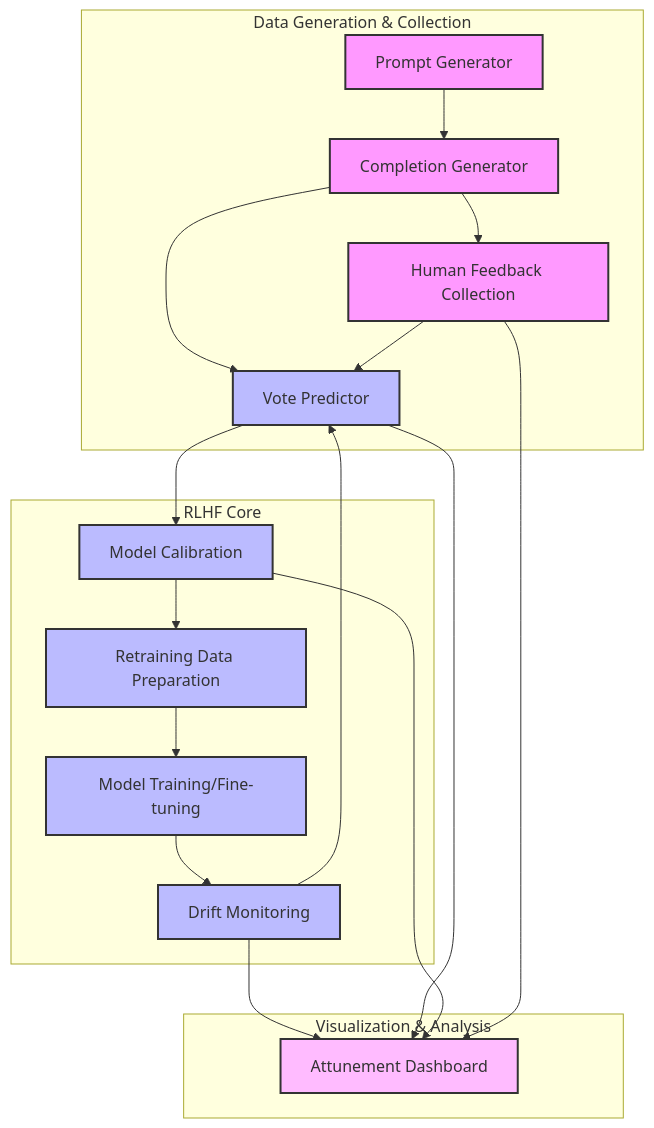
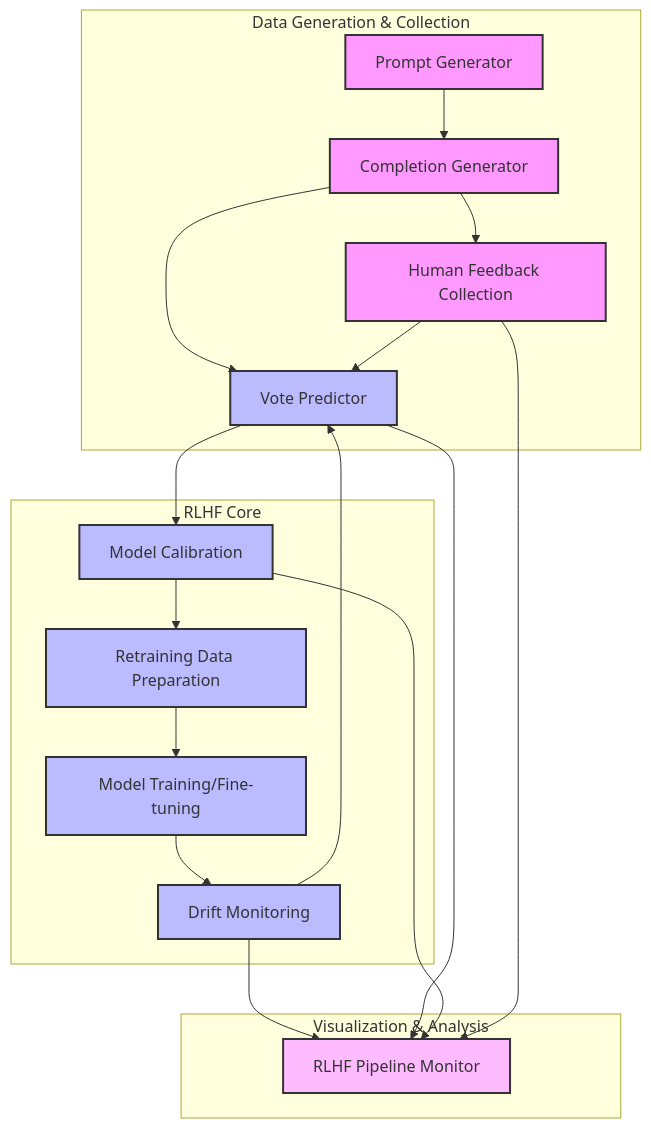
One commit to Yousifus/rlhf_loop_humain changed the first of 6 diagrams in docs/architecture.md. Above: the diagram before and after it, drawn with Mermaid. The commit also changed other lines of this file and 51 other files, not shown here.

````diff
--- a/docs/architecture.md
+++ b/docs/architecture.md
@@ -7,32 +7,32 @@
 ```mermaid
 graph TD
     subgraph "Data Generation & Collection"
         A[Prompt Generator] --> B[Completion Generator]
         B --> C[Human Feedback Collection]
         B --> D[Vote Predictor]
         C --> D
     end
     
     subgraph "RLHF Core"
         D --> E[Model Calibration]
         E --> F[Retraining Data Preparation]
         F --> G[Model Training/Fine-tuning]
         G --> H[Drift Monitoring]
         H --> D
     end
     
     subgraph "Visualization & Analysis"
-        H --> I[Attunement Dashboard]
+        H --> I[RLHF Pipeline Monitor]
         D --> I
         E --> I
         C --> I
     end
     
     classDef dataGeneration fill:#f9f,stroke:#333,stroke-width:2px;
     classDef coreProcessing fill:#bbf,stroke:#333,stroke-width:2px;
     classDef visualization fill:#fbf,stroke:#333,stroke-width:2px;
     
     class A,B,C dataGeneration;
     class D,E,F,G,H coreProcessing;
     class I visualization;
 ```
````
